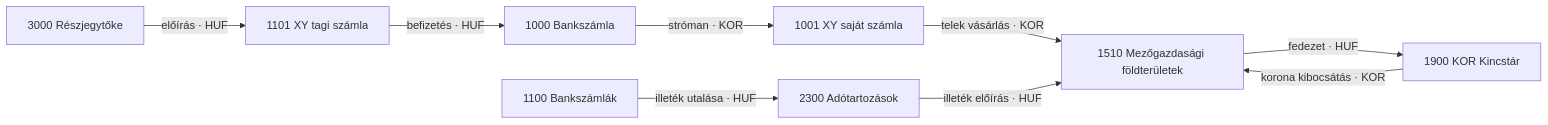
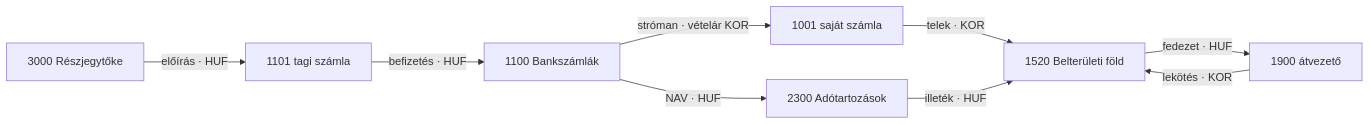
One commit to pitiboy/curr changed the third of 15 diagrams in docs/transaction-workflow.md. Above: the diagram before and after it, drawn with Mermaid. The commit also changed other lines of this file and 2 other files, not shown here.

````diff
--- a/docs/transaction-workflow.md
+++ b/docs/transaction-workflow.md
@@ -218,20 +229,19 @@
 ```mermaid
 flowchart LR
   t3000["3000 Részjegytőke"]
-  t1101["1101 XY tagi számla"]
-  tBank["1000 Bankszámla"]
-  t1001["1001 XY saját számla"]
-  t1510["1510 Mezőgazdasági földterületek"]
-  t1900["1900 KOR Kincstár"]
+  t1101["1101 tagi számla"]
+  t1100["1100 Bankszámlák"]
+  t1001["1001 saját számla"]
+  t1520["1520 Belterületi föld"]
+  t1900["1900 átvezető"]
   t2300["2300 Adótartozások"]
-  t1100["1100 Bankszámlák"]
 
   t3000 -->|"előírás · HUF"| t1101
-  t1101 -->|"befizetés · HUF"| tBank
-  tBank -->|"stróman · KOR"| t1001
-  t1001 -->|"telek vásárlás · KOR"| t1510
-  t1510 -->|"fedezet · HUF"| t1900
-  t1900 -->|"korona kibocsátás · KOR"| t1510
-  t2300 -->|"illeték előírás · HUF"| t1510
-  t1100 -->|"illeték utalása · HUF"| t2300
+  t1101 -->|"befizetés · HUF"| t1100
+  t1100 -->|"stróman · vételár KOR"| t1001
+  t1001 -->|"telek · KOR"| t1520
+  t1520 -->|"fedezet · HUF"| t1900
+  t1900 -->|"lekötés · KOR"| t1520
+  t2300 -->|"illeték · HUF"| t1520
+  t1100 -->|"NAV · HUF"| t2300
 ```
````
